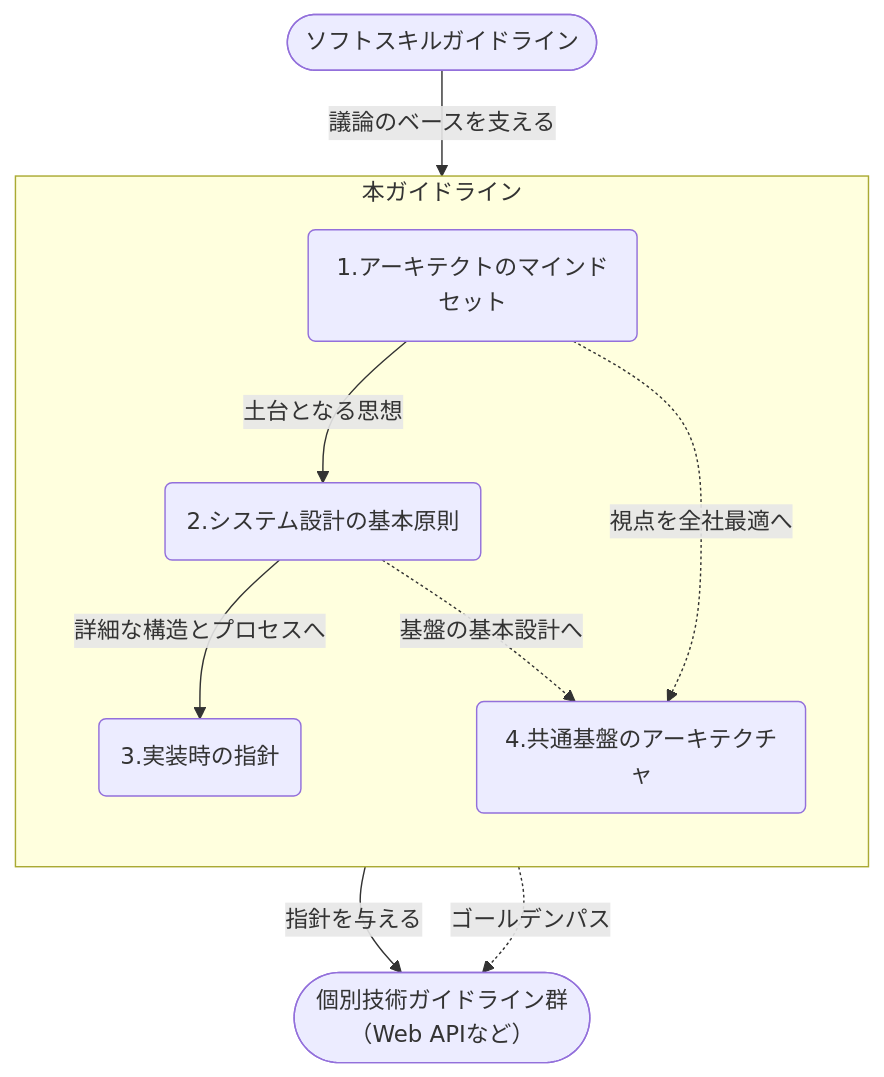
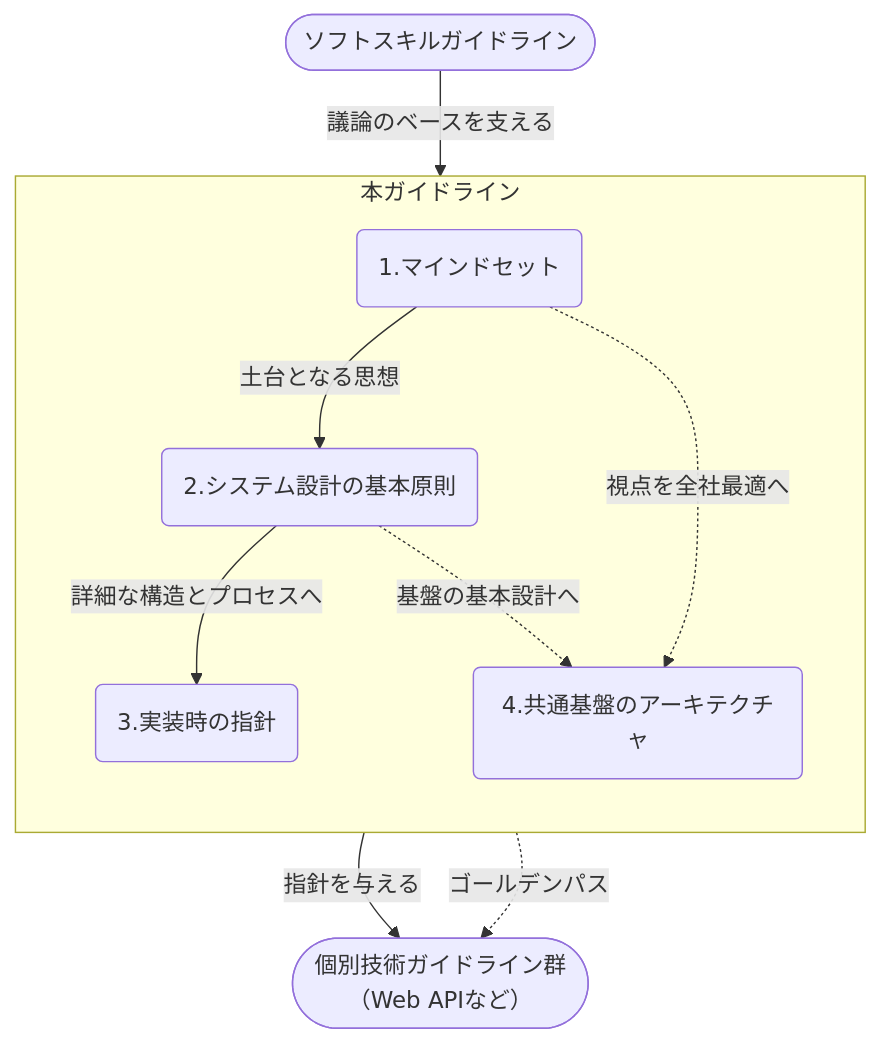
One commit to future-architect/arch-guidelines changed the first of 5 diagrams in documents/forPrinciple/principle_guidelines.md. Above: the diagram before and after it, drawn with Mermaid. The commit also changed other lines of this file and 3 other files, not shown here.

````diff
--- a/documents/forPrinciple/principle_guidelines.md
+++ b/documents/forPrinciple/principle_guidelines.md
@@ -33,31 +33,31 @@
 ```mermaid
 graph TD
     Soft([ソフトスキルガイドライン])
 
     subgraph "本ガイドライン"
         direction TB
 
-        Ch1(1.アーキテクトのマインドセット):::chapter
+        Ch1(1.マインドセット):::chapter
         Ch2(2.システム設計の基本原則):::chapter
         Ch3(3.実装時の指針):::chapter
         Ch4(4.共通基盤のアーキテクチャ):::chapter
 
         Ch1 -->|土台となる思想| Ch2
         Ch2 -->|詳細な構造とプロセスへ| Ch3
 
         Ch1 -.->|視点を全社最適へ| Ch4
         Ch2 -.->|基盤の基本設計へ| Ch4
     end
 
     %% 下位の個別技術系
     Tech([個別技術ガイドライン群<br>（Web APIなど）]):::tech
 
     %% 外部からの繋がり
     Soft -->|議論のベースを支える| Ch1
 
     %% 外部への繋がり（個別システムへの指針）
     Ch3 -->|指針を与える| Tech
 
     %% 外部への繋がり（基盤からの統制）
     Ch4 -.->|ゴールデンパス| Tech
 ```
````
